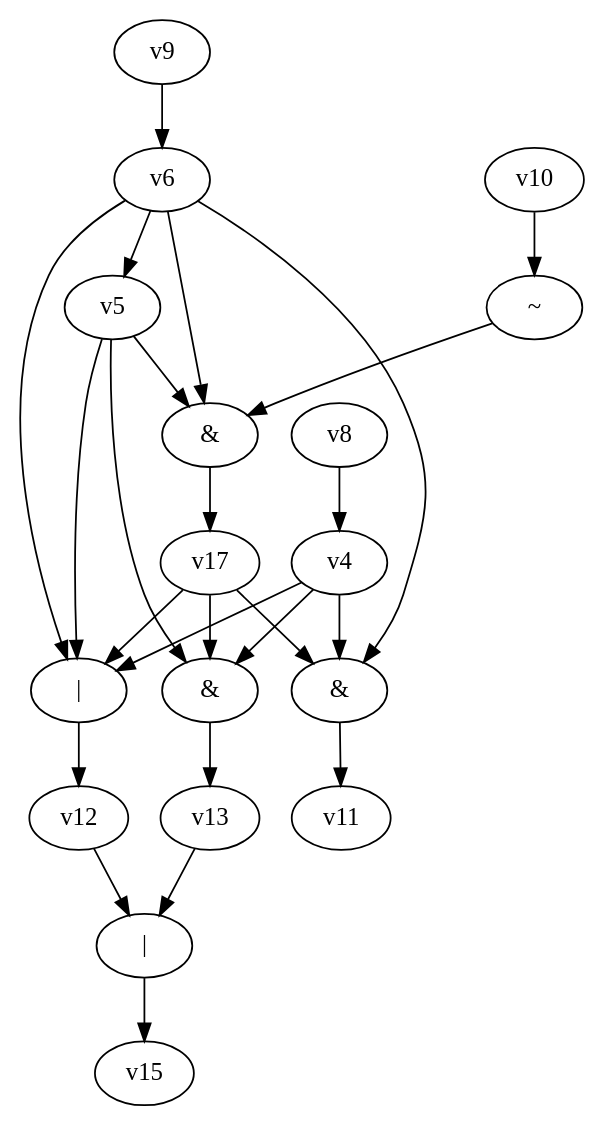
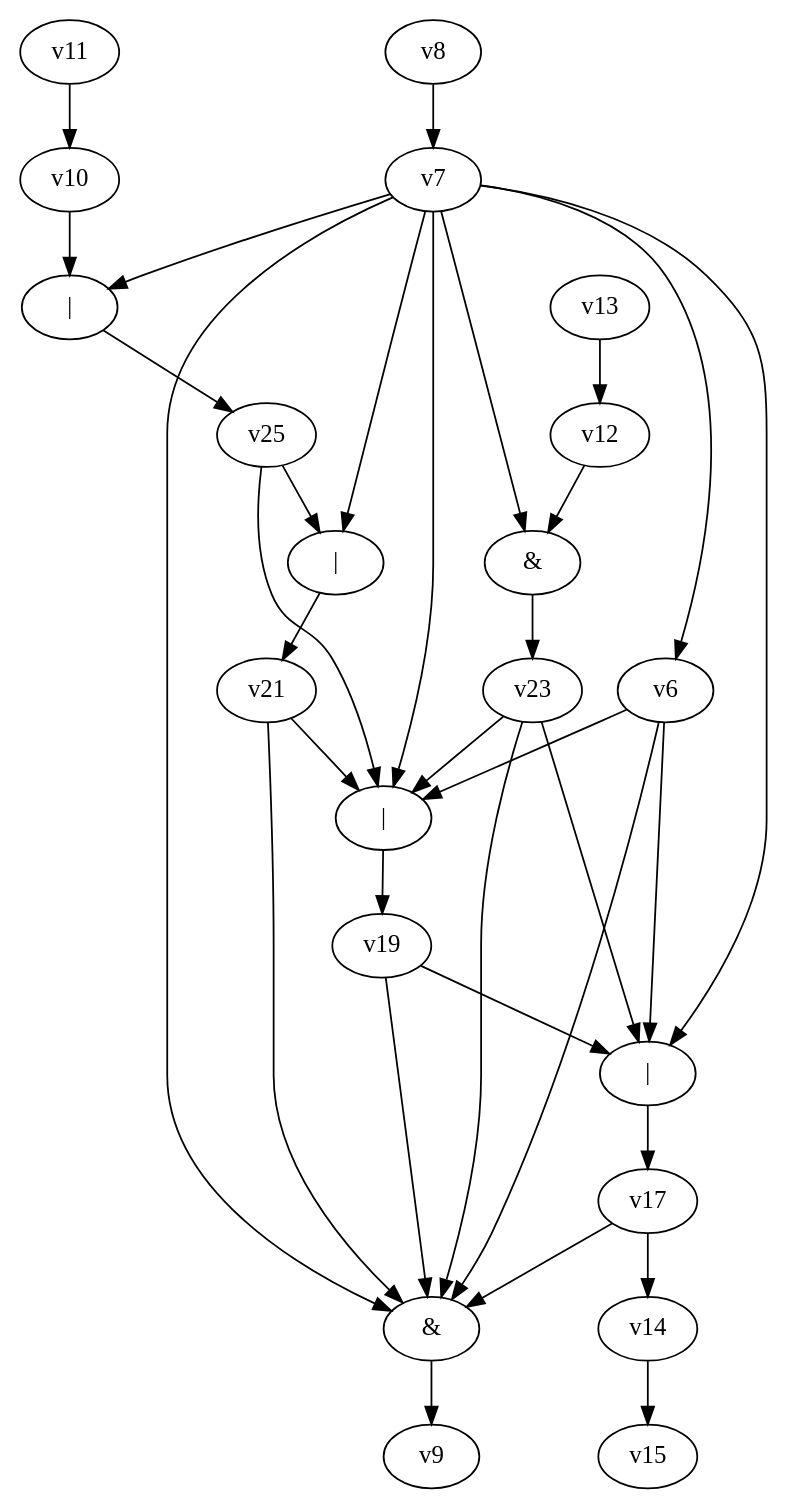
The diagram in dot_files/random_bool_circ.dot (yadej/graph_project), drawn with Graphviz before and after one commit. The commit also changed 3 other files, not shown here.

```diff
--- a/dot_files/random_bool_circ.dot
+++ b/dot_files/random_bool_circ.dot
@@ -1,28 +1,36 @@
 digraph G { 
 v0 [label="&"]; 
-v1 [label="|"]; 
-v2 [label="&"]; 
-v7 [label="~"]; 
-v14 [label="|"]; 
-v16 [label="&"]; 
-v0 -> v11;
-v1 -> v12 -> v14 -> v15;
-v2 -> v13 -> v14;
-v4 -> v0;
-v4 -> v1;
-v4 -> v2;
-v5 -> v1;
-v5 -> v2;
-v5 -> v16 -> v17;
+v16 [label="|"]; 
+v18 [label="|"]; 
+v20 [label="|"]; 
+v22 [label="&"]; 
+v24 [label="|"]; 
+v0 -> v9;
 v6 -> v0;
-v6 -> v1;
-v6 -> v5;
-v6 -> v16;
+v6 -> v16 -> v17;
+v6 -> v18 -> v19;
+v7 -> v0;
+v7 -> v6;
 v7 -> v16;
-v8 -> v4;
-v9 -> v6;
-v10 -> v7;
+v7 -> v18;
+v7 -> v20 -> v21;
+v7 -> v22 -> v23;
+v7 -> v24 -> v25;
+v8 -> v7;
+v10 -> v24;
+v11 -> v10;
+v12 -> v22;
+v13 -> v12;
+v14 -> v15;
 v17 -> v0;
-v17 -> v1;
-v17 -> v2;
+v17 -> v14;
+v19 -> v0;
+v19 -> v16;
+v21 -> v0;
+v21 -> v18;
+v23 -> v0;
+v23 -> v16;
+v23 -> v18;
+v25 -> v18;
+v25 -> v20;
 }
```
